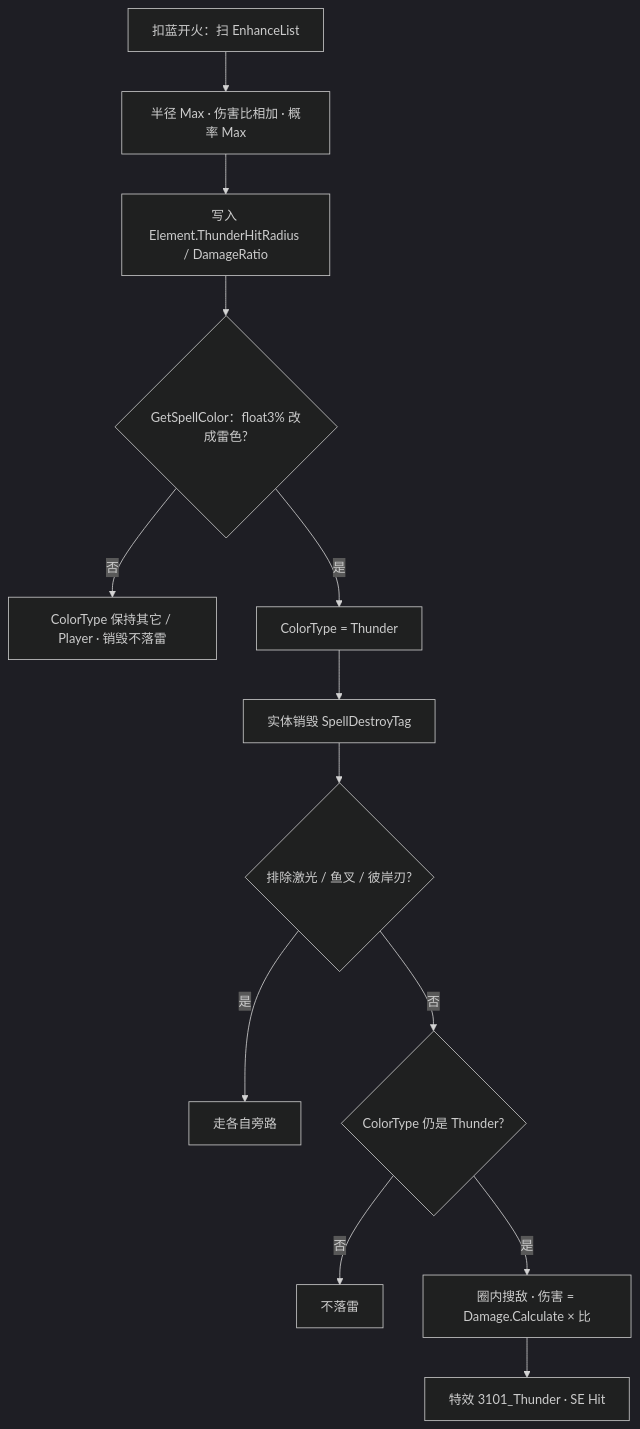
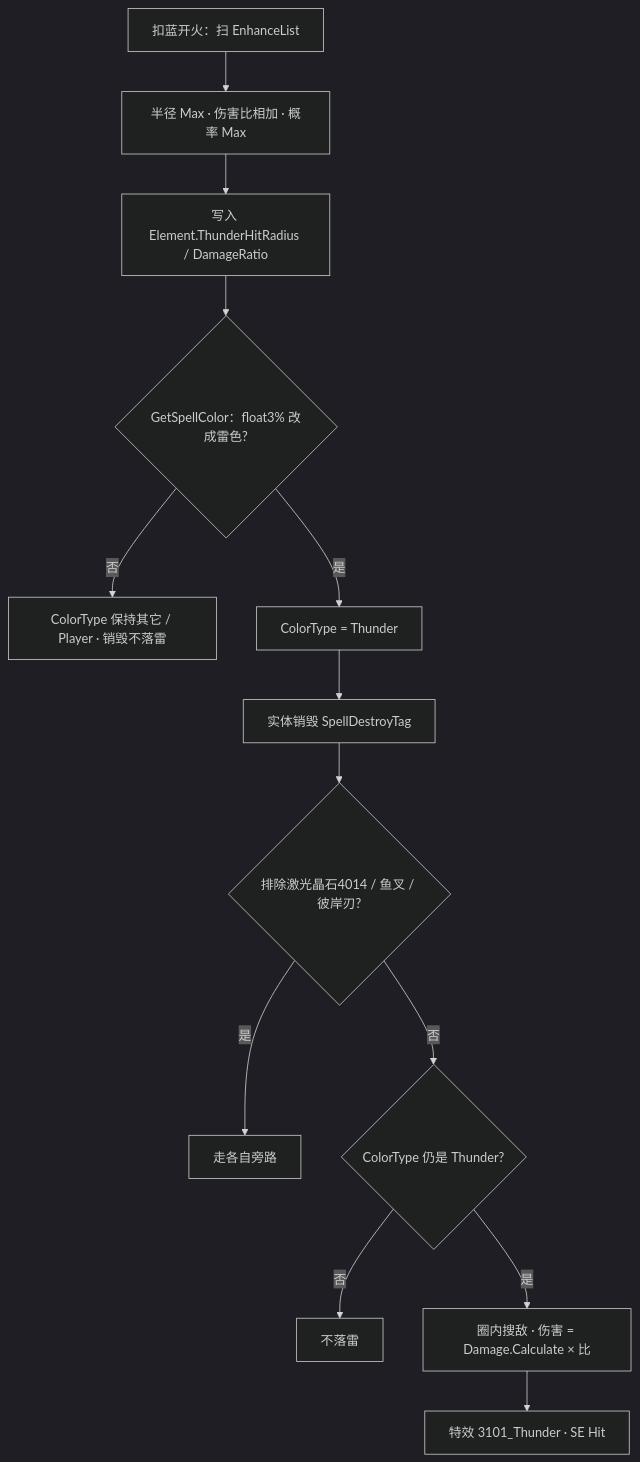
The diagram in 雷霆晶石逆向分析.md (kav1982/_reverse_engineering), drawn with Mermaid (dark theme) before and after one commit. The commit also changed other lines of this file and 11 other files, not shown here.

````diff
--- a/雷霆晶石逆向分析.md
+++ b/雷霆晶石逆向分析.md
@@ -30,15 +30,15 @@
 ```mermaid
 flowchart TD
     S[扣蓝开火：扫 EnhanceList] --> A[半径 Max · 伤害比相加 · 概率 Max]
     A --> B[写入 Element.ThunderHitRadius / DamageRatio]
     B --> C{GetSpellColor：float3% 改成雷色?}
     C -->|否| Z[ColorType 保持其它 / Player · 销毁不落雷]
     C -->|是| D[ColorType = Thunder]
     D --> E[实体销毁 SpellDestroyTag]
-    E --> F{排除激光 / 鱼叉 / 彼岸刃?}
+    E --> F{排除激光晶石4014 / 鱼叉 / 彼岸刃?}
     F -->|是| Y[走各自旁路]
     F -->|否| G{ColorType 仍是 Thunder?}
     G -->|否| Z2[不落雷]
     G -->|是| H[圈内搜敌 · 伤害 = Damage.Calculate × 比]
     H --> I[特效 3101_Thunder · SE Hit]
 ```
````
